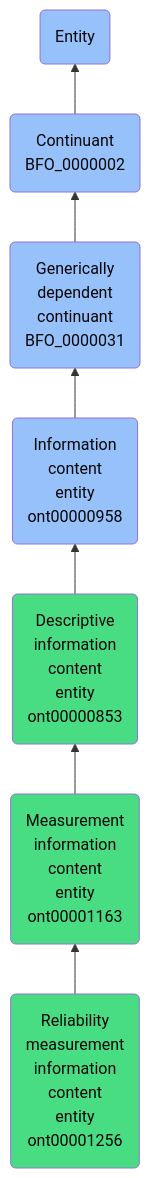
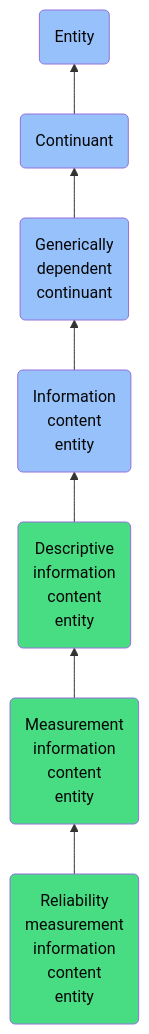
Before and after one commit to jupyter-naas/abi: the diagram in docs/ontology/reference/model/Entity/Continuant/Generically dependent continuant/Information content entity/Descriptive information content entity/Measurement information content entity/Reliability measurement information content entity/Reliability measurement information content entity.md, drawn with Mermaid. The commit also changed other lines of this file and 1430 other files, not shown here.

````diff
--- a/docs/ontology/reference/model/Entity/Continuant/Generically dependent continuant/Information content entity/Descriptive information content entity/Measurement information content entity/Reliability measurement information content entity/Reliability measurement information content entity.md
+++ b/docs/ontology/reference/model/Entity/Continuant/Generically dependent continuant/Information content entity/Descriptive information content entity/Measurement information content entity/Reliability measurement information content entity/Reliability measurement information content entity.md
@@ -25,14 +25,14 @@
 ```mermaid
 graph BT
-    ont00001256(Reliability<br>measurement<br>information<br>content<br>entity<br>ont00001256):::ABI-->ont00001163
-    ont00001163(Measurement<br>information<br>content<br>entity<br>ont00001163):::ABI-->ont00000853
-    ont00000853(Descriptive<br>information<br>content<br>entity<br>ont00000853):::ABI-->ont00000958
-    ont00000958(Information<br>content<br>entity<br>ont00000958):::BFO-->BFO_0000031
-    BFO_0000031(Generically<br>dependent<br>continuant<br>BFO_0000031):::BFO-->BFO_0000002
-    BFO_0000002(Continuant<br>BFO_0000002):::BFO-->BFO_0000001
+    ont00001256(Reliability<br>measurement<br>information<br>content<br>entity):::ABI-->ont00001163
+    ont00001163(Measurement<br>information<br>content<br>entity):::ABI-->ont00000853
+    ont00000853(Descriptive<br>information<br>content<br>entity):::ABI-->ont00000958
+    ont00000958(Information<br>content<br>entity):::BFO-->BFO_0000031
+    BFO_0000031(Generically<br>dependent<br>continuant):::BFO-->BFO_0000002
+    BFO_0000002(Continuant):::BFO-->BFO_0000001
     BFO_0000001(Entity):::BFO
     
     classDef BFO fill:#97c1fb,color:#060606
     classDef CCO fill:#e4c51e,color:#060606
     classDef ABI fill:#48DD82,color:#060606
 ```
````
